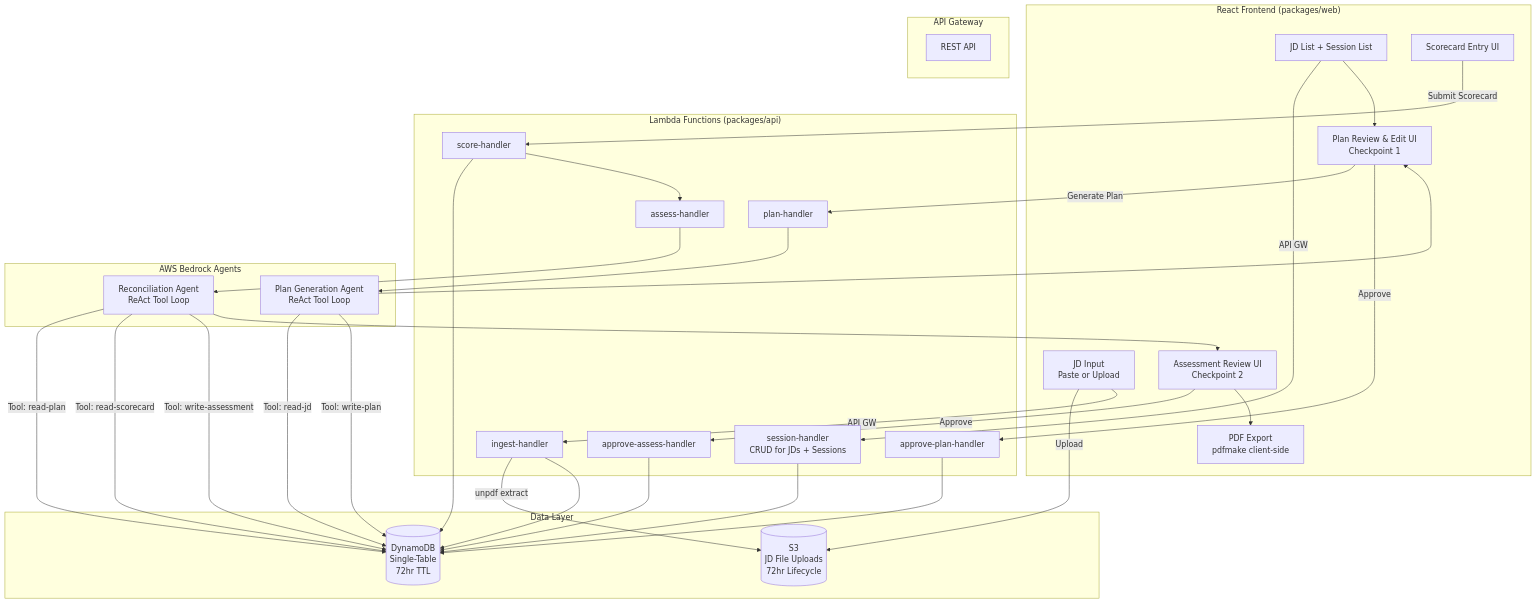
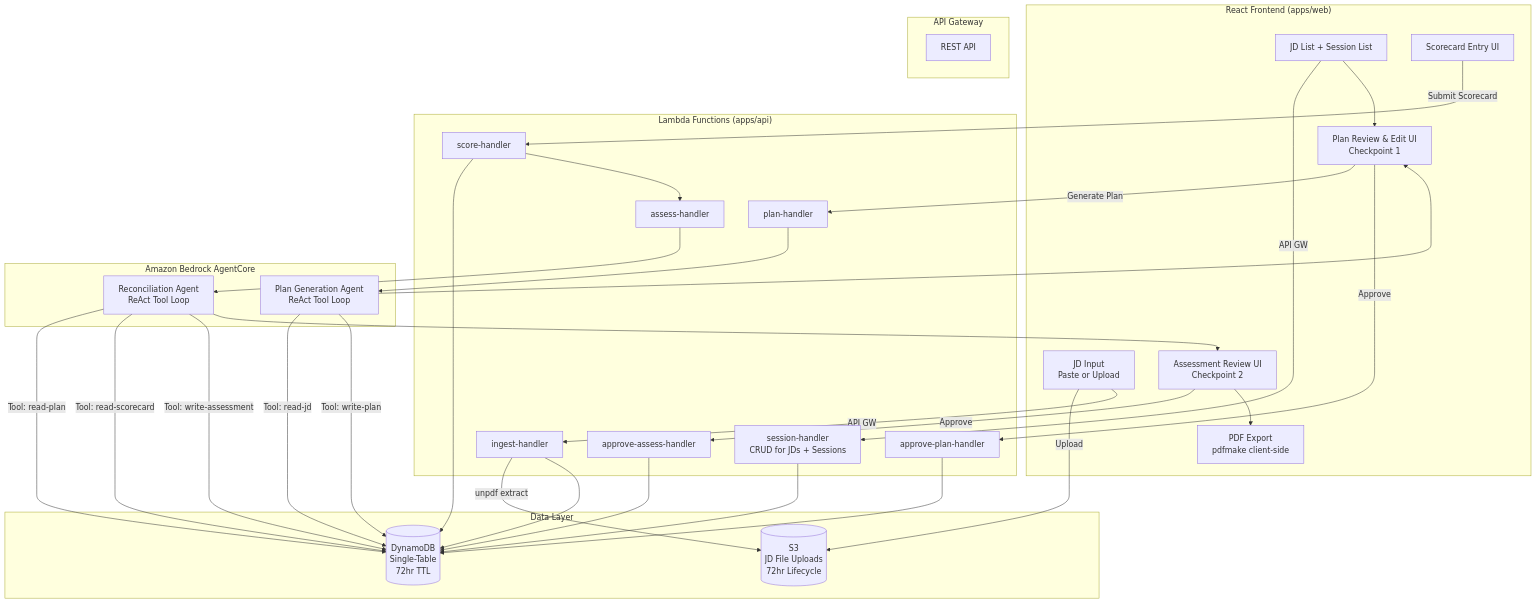
Before and after one commit to mwarman/interview-forge: the first of 2 diagrams in docs/PROJECT_OVERVIEW.md, drawn with Mermaid. The commit also changed other lines of this file and 321 other files, not shown here.

First line of the commit message:
Migrate to Amazon Bedrock AgentCore (#113)

````diff
--- a/docs/PROJECT_OVERVIEW.md
+++ b/docs/PROJECT_OVERVIEW.md
@@ -106,61 +106,61 @@
 ```mermaid
 flowchart TD
-    subgraph Web["React Frontend (packages/web)"]
+    subgraph Web["React Frontend (apps/web)"]
         A[JD Input\nPaste or Upload]
         B[JD List + Session List]
         C[Plan Review & Edit UI\nCheckpoint 1]
         D[Scorecard Entry UI]
         E[Assessment Review UI\nCheckpoint 2]
         F[PDF Export\npdfmake client-side]
     end
 
     subgraph APIGW["API Gateway"]
         GW[REST API]
     end
 
-    subgraph Lambda["Lambda Functions (packages/api)"]
+    subgraph Lambda["Lambda Functions (apps/api)"]
         L1[ingest-handler]
         L2[plan-handler]
         L3[approve-plan-handler]
         L4[score-handler]
         L5[assess-handler]
         L6[approve-assess-handler]
         L7[session-handler\nCRUD for JDs + Sessions]
     end
 
-    subgraph Agent["AWS Bedrock Agents"]
+    subgraph Agent["Amazon Bedrock AgentCore"]
         AG1[Plan Generation Agent\nReAct Tool Loop]
         AG2[Reconciliation Agent\nReAct Tool Loop]
     end
 
     subgraph Data["Data Layer"]
         DB[(DynamoDB\nSingle-Table\n72hr TTL)]
         S3[(S3\nJD File Uploads\n72hr Lifecycle)]
     end
 
     A -->|Upload| S3
     A -->|API GW| L1
     L1 -->|unpdf extract| S3
     L1 --> DB
     B -->|API GW| L7
     L7 --> DB
     B --> C
     C -->|Generate Plan| L2
     L2 --> AG1
     AG1 -->|Tool: read-jd| DB
     AG1 -->|Tool: write-plan| DB
     AG1 --> C
     C -->|Approve| L3
     L3 --> DB
     D -->|Submit Scorecard| L4
     L4 --> DB
     L4 --> L5
     L5 --> AG2
     AG2 -->|Tool: read-plan| DB
     AG2 -->|Tool: read-scorecard| DB
     AG2 -->|Tool: write-assessment| DB
     AG2 --> E
     E -->|Approve| L6
     L6 --> DB
     E --> F
 ```
````
